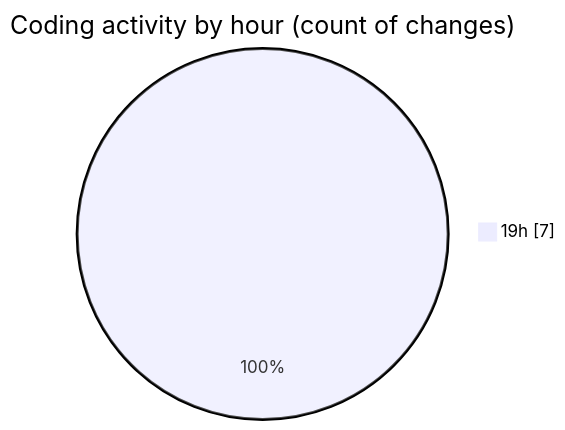
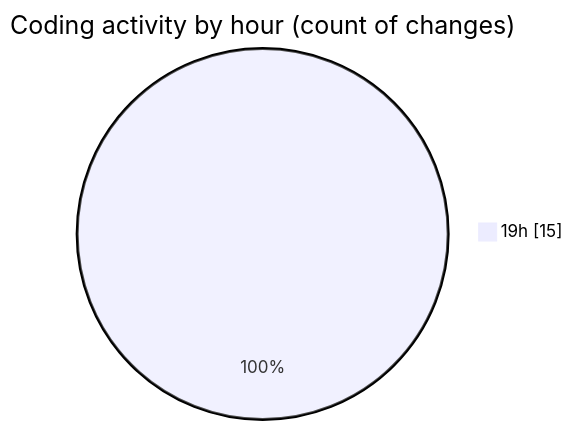
Before and after one commit to idhammustaqopulfikri/code-tracking: the second of 2 diagrams in 2025-06-09/studio-backend/README.md, drawn with Mermaid. The commit also changed other lines of this file and 1 other file, not shown here.

````diff
--- a/2025-06-09/studio-backend/README.md
+++ b/2025-06-09/studio-backend/README.md
@@ -30,5 +32,5 @@
 ```mermaid
 pie showData
 title Coding activity by hour (count of changes)
-"19h" : 7
+"19h" : 15
 ```
````
